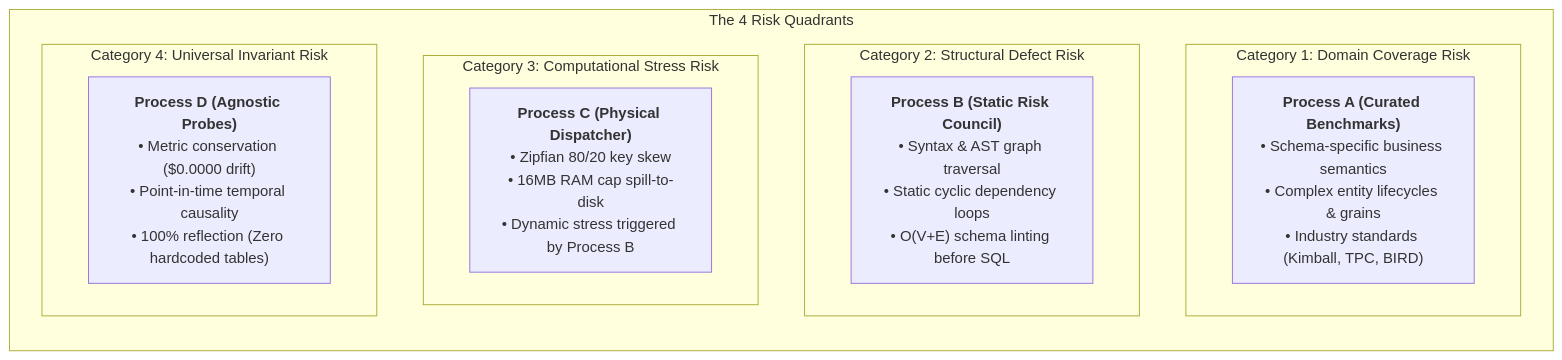
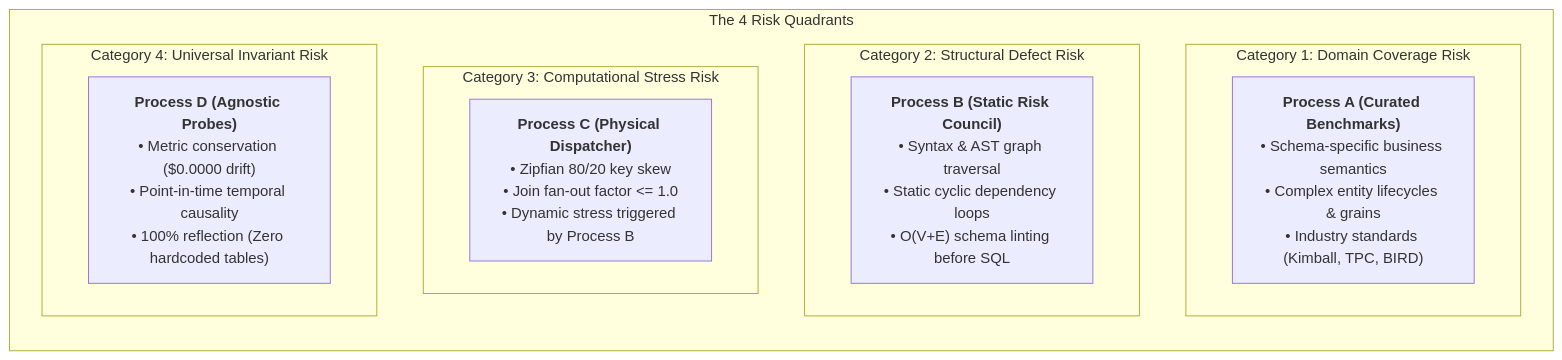
Before and after one commit to rachardv/data-model-architect: the first of 2 diagrams in docs/RISK_TAXONOMY.md, drawn with Mermaid. The commit also changed other lines of this file and 6 other files, not shown here.

Commit message:
feat(forge): upgrade RSK-06 to workload efficiency & join fan-out stability, removing artificial 16MB memory cap

````diff
--- a/docs/RISK_TAXONOMY.md
+++ b/docs/RISK_TAXONOMY.md
@@ -11,18 +11,18 @@
 ```mermaid
 flowchart TD
     subgraph QUADRANTS["The 4 Risk Quadrants"]
         direction TB
         subgraph QA["Category 1: Domain Coverage Risk"]
             RA["<b>Process A (Curated Benchmarks)</b><br/>• Schema-specific business semantics<br/>• Complex entity lifecycles & grains<br/>• Industry standards (Kimball, TPC, BIRD)"]
         end
         subgraph QB["Category 2: Structural Defect Risk"]
             RB["<b>Process B (Static Risk Council)</b><br/>• Syntax & AST graph traversal<br/>• Static cyclic dependency loops<br/>• O(V+E) schema linting before SQL"]
         end
         subgraph QC["Category 3: Computational Stress Risk"]
-            RC["<b>Process C (Physical Dispatcher)</b><br/>• Zipfian 80/20 key skew<br/>• 16MB RAM cap spill-to-disk<br/>• Dynamic stress triggered by Process B"]
+            RC["<b>Process C (Physical Dispatcher)</b><br/>• Zipfian 80/20 key skew<br/>• Join fan-out factor <= 1.0<br/>• Dynamic stress triggered by Process B"]
         end
         subgraph QD["Category 4: Universal Invariant Risk"]
             RD["<b>Process D (Agnostic Probes)</b><br/>• Metric conservation ($0.0000 drift)<br/>• Point-in-time temporal causality<br/>• 100% reflection (Zero hardcoded tables)"]
         end
     end
 ```
````
